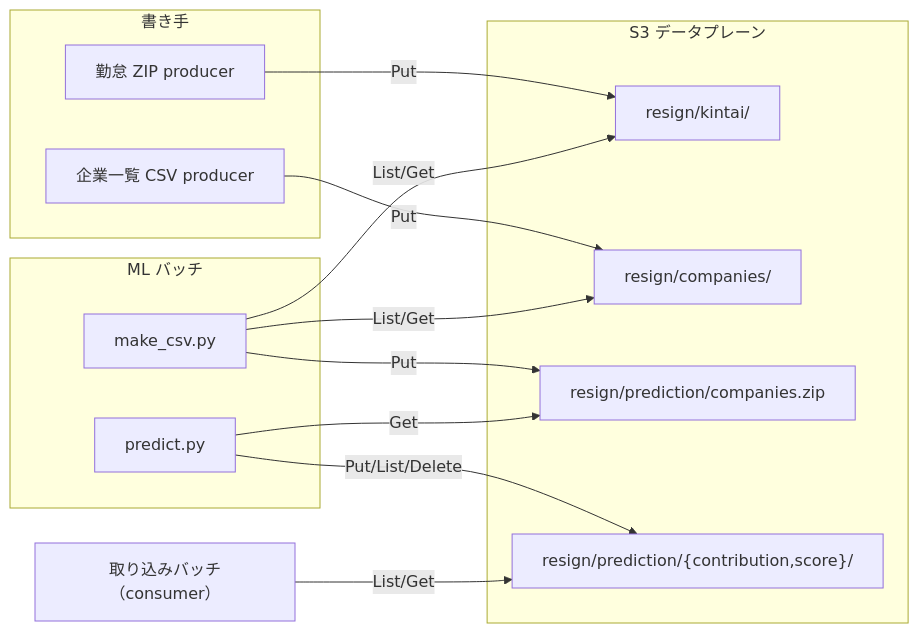
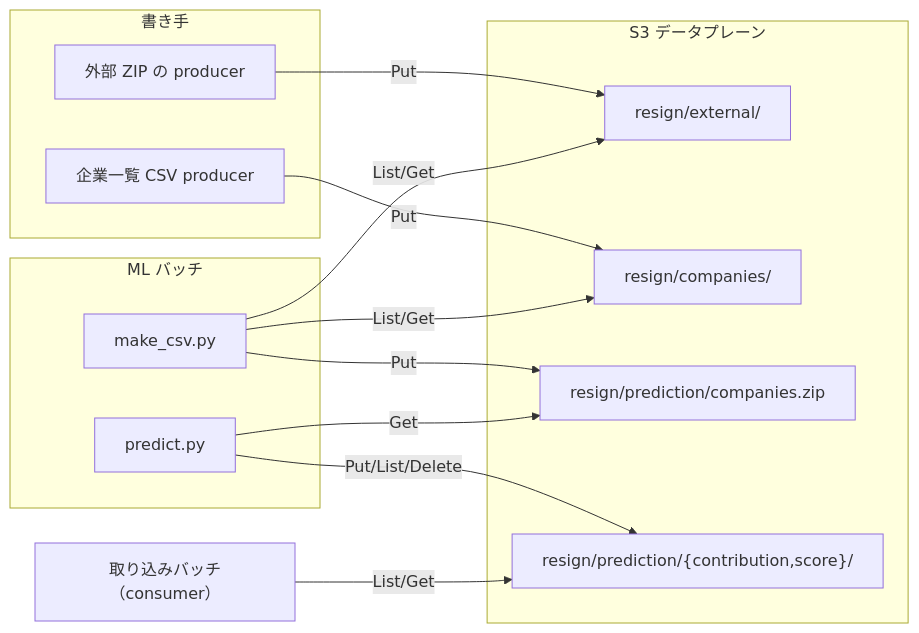
Before and after one commit to zucky-quest/it-vault: the second of 3 diagrams in 03-work/blog/qiita/EFSからS3へ移行してコスト92%削減、金額にして年1.19ドル。それでも移行した理由.md, drawn with Mermaid. The commit also changed other lines of this file, not shown here.

````diff
--- a/03-work/blog/qiita/EFSからS3へ移行してコスト92%削減、金額にして年1.19ドル。それでも移行した理由.md
+++ b/03-work/blog/qiita/EFSからS3へ移行してコスト92%削減、金額にして年1.19ドル。それでも移行した理由.md
@@ -139,26 +148,26 @@
 ```mermaid
 graph LR
     subgraph producers["書き手"]
-        KP["勤怠 ZIP producer"]
+        KP["外部 ZIP の producer"]
         CP["企業一覧 CSV producer"]
     end
     subgraph batch["ML バッチ"]
         MC["make_csv.py"]
         PD["predict.py"]
     end
     subgraph bucket["S3 データプレーン"]
-        K["resign/kintai/"]
+        K["resign/external/"]
         C["resign/companies/"]
         PZ["resign/prediction/companies.zip"]
         PR["resign/prediction/{contribution,score}/"]
     end
     CON["取り込みバッチ（consumer）"]
 
     KP -- "Put" --> K
     CP -- "Put" --> C
     MC -- "List/Get" --> K & C
     MC -- "Put" --> PZ
     PD -- "Get" --> PZ
     PD -- "Put/List/Delete" --> PR
     CON -- "List/Get" --> PR
 ```
````
